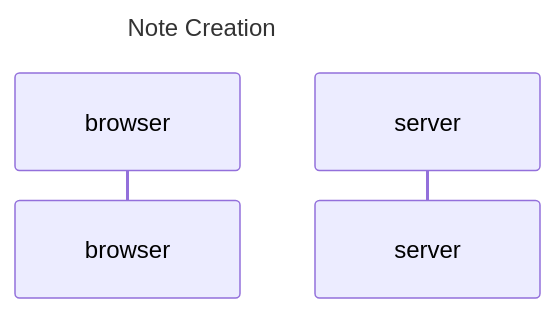
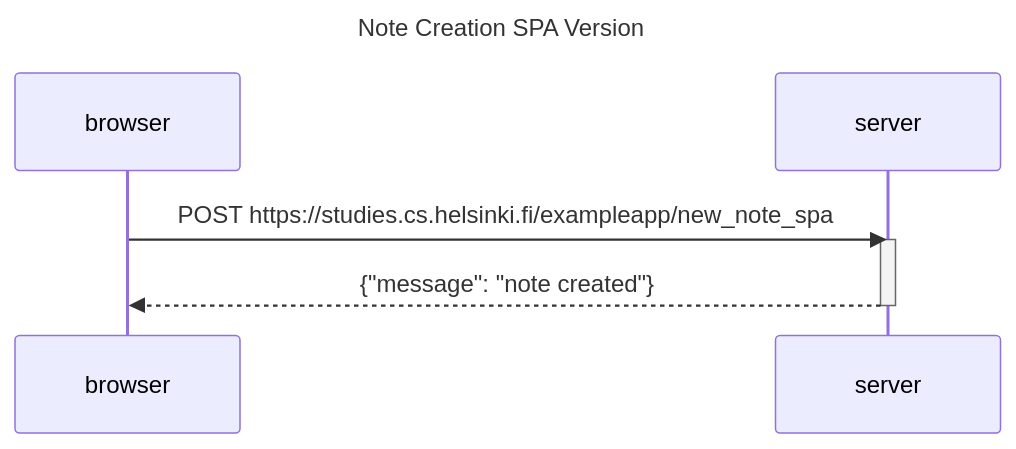
One commit to stellaratlas8/fullstack-open-submission changed the third of 3 diagrams in part0/README.md. Above: the diagram before and after it, drawn with Mermaid. The commit also changed other lines of this file and 1 other file, not shown here.

Commit message:
Button component for anecdotes and diagrams for part0

````diff
--- a/part0/README.md
+++ b/part0/README.md
@@ -1,6 +87,11 @@
 ```mermaid
 sequenceDiagram
-title Note Creation
+title Note Creation SPA Version
     participant browser
     participant server
+
+    browser->>server: POST https://studies.cs.helsinki.fi/exampleapp/new_note_spa
+    activate server
+    server-->>browser: {"message": "note created"}
+    deactivate server 
 ```
````
